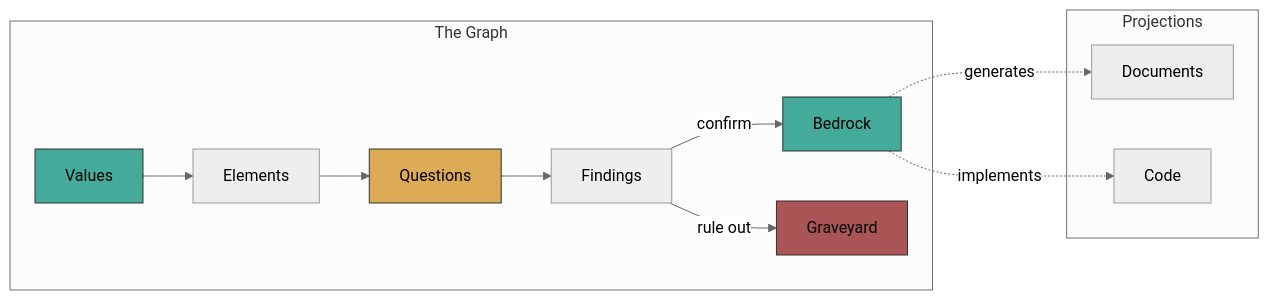
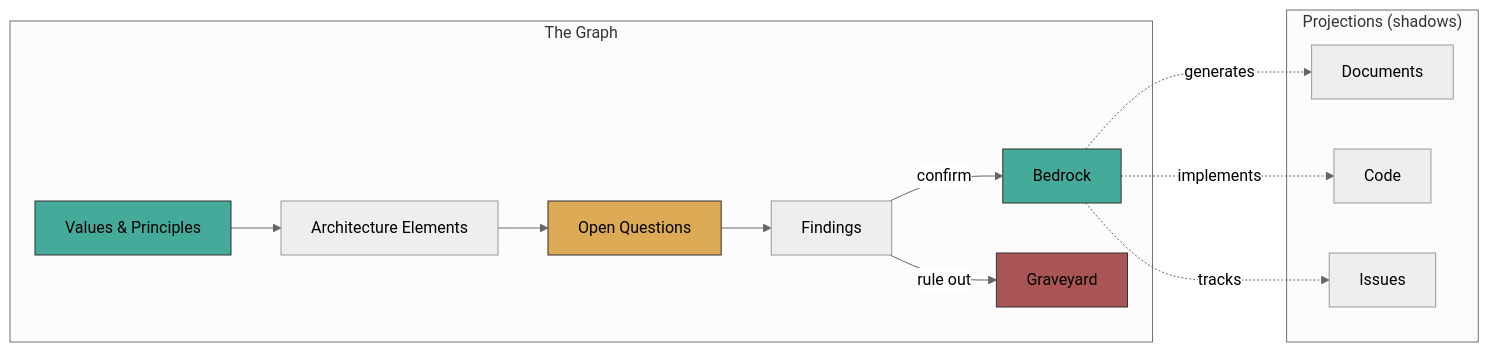
Before and after one commit to ArcavenAE/kos: the first of 3 diagrams in README.md, drawn with Mermaid (neutral theme). The commit also changed other lines of this file, not shown here.

First line of the commit message:
docs: restore and unify README — process cycle, signal table, bootstrap timeline

````diff
--- a/README.md
+++ b/README.md
@@ -17,23 +20,25 @@
 ```mermaid
 graph LR
     subgraph "The Graph"
-        V[Values] --> E[Elements]
-        E --> Q[Questions]
+        V[Values & Principles] --> E[Architecture Elements]
+        E --> Q[Open Questions]
         Q --> F[Findings]
         F -->|confirm| B[Bedrock]
         F -->|rule out| G[Graveyard]
     end
 
-    subgraph "Projections"
+    subgraph "Projections (shadows)"
         D[Documents]
         C[Code]
+        I[Issues]
     end
 
     B -.->|generates| D
     B -.->|implements| C
+    B -.->|tracks| I
 
     style V fill:#4a9,stroke:#333
     style B fill:#4a9,stroke:#333
     style G fill:#a55,stroke:#333
     style Q fill:#da5,stroke:#333
 ```
````
